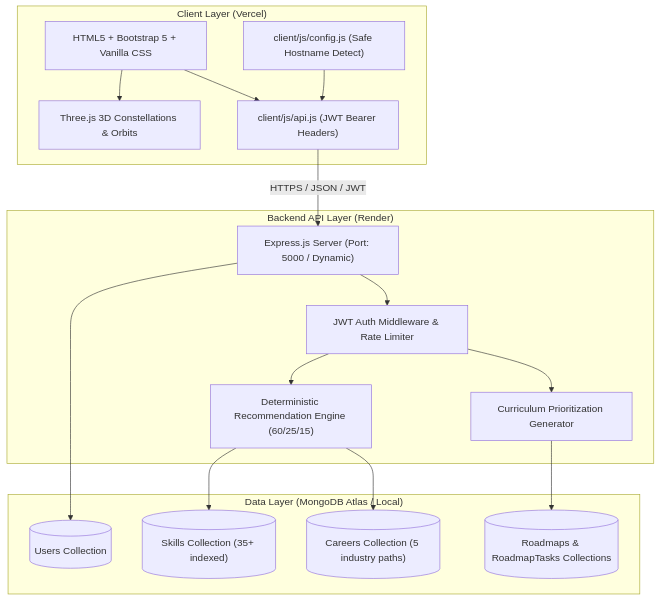
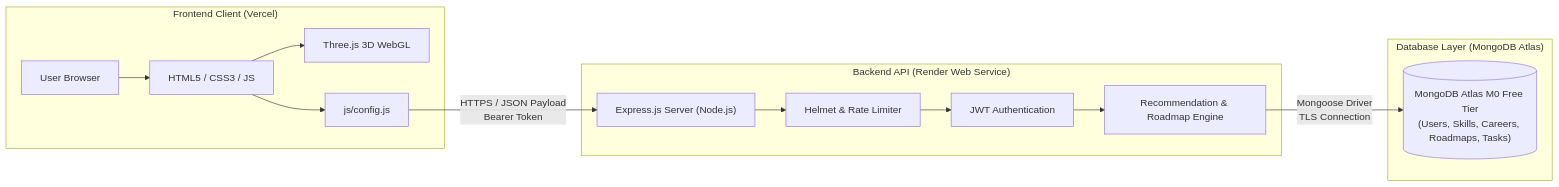
The diagram in README.md (parthpatil1234p-svg/disheera), drawn with Mermaid before and after one commit. The commit also changed other lines of this file and 30 other files, not shown here.

````diff
--- a/README.md
+++ b/README.md
@@ -92,35 +93,29 @@
 ```mermaid
-flowchart TD
-    subgraph Client ["Client Layer (Vercel)"]
-        UI["HTML5 + Bootstrap 5 + Vanilla CSS"]
-        ThreeJS["Three.js 3D Constellations & Orbits"]
-        Config["client/js/config.js (Safe Hostname Detect)"]
-        APIClient["client/js/api.js (JWT Bearer Headers)"]
+flowchart LR
+    subgraph Client ["Frontend Client (Vercel)"]
+        Browser["User Browser"]
+        HTML["HTML5 / CSS3 / JS"]
+        ThreeJS["Three.js 3D WebGL"]
+        Config["js/config.js"]
+        Browser --> HTML
+        HTML --> ThreeJS
+        HTML --> Config
     end
 
-    subgraph Backend ["Backend API Layer (Render)"]
-        Server["Express.js Server (Port: 5000 / Dynamic)"]
-        AuthMid["JWT Auth Middleware & Rate Limiter"]
-        RecEngine["Deterministic Recommendation Engine (60/25/15)"]
-        RoadmapGen["Curriculum Prioritization Generator"]
+    subgraph Backend ["Backend API (Render Web Service)"]
+        Server["Express.js Server (Node.js)"]
+        Security["Helmet & Rate Limiter"]
+        Auth["JWT Authentication"]
+        Engine["Recommendation & Roadmap Engine"]
+        Server --> Security
+        Security --> Auth
+        Auth --> Engine
     end
 
-    subgraph Database ["Data Layer (MongoDB Atlas / Local)"]
-        Users[("Users Collection")]
-        Skills[("Skills Collection (35+ indexed)")]
-        Careers[("Careers Collection (5 industry paths)")]
-        Roadmaps[("Roadmaps & RoadmapTasks Collections")]
+    subgraph Database ["Database Layer (MongoDB Atlas)"]
+        Cluster[("MongoDB Atlas M0 Free Tier\n(Users, Skills, Careers, Roadmaps, Tasks)")]
     end
 
-    UI --> ThreeJS
-    UI --> APIClient
-    Config --> APIClient
-    APIClient -- "HTTPS / JSON / JWT" --> Server
-    Server --> AuthMid
-    AuthMid --> RecEngine
-    AuthMid --> RoadmapGen
-    RecEngine --> Careers
-    RecEngine --> Skills
-    RoadmapGen --> Roadmaps
-    Server --> Users
+    Config -- "HTTPS / JSON Payload\nBearer Token" --> Server
+    Engine -- "Mongoose Driver\nTLS Connection" --> Cluster
 ```
````
